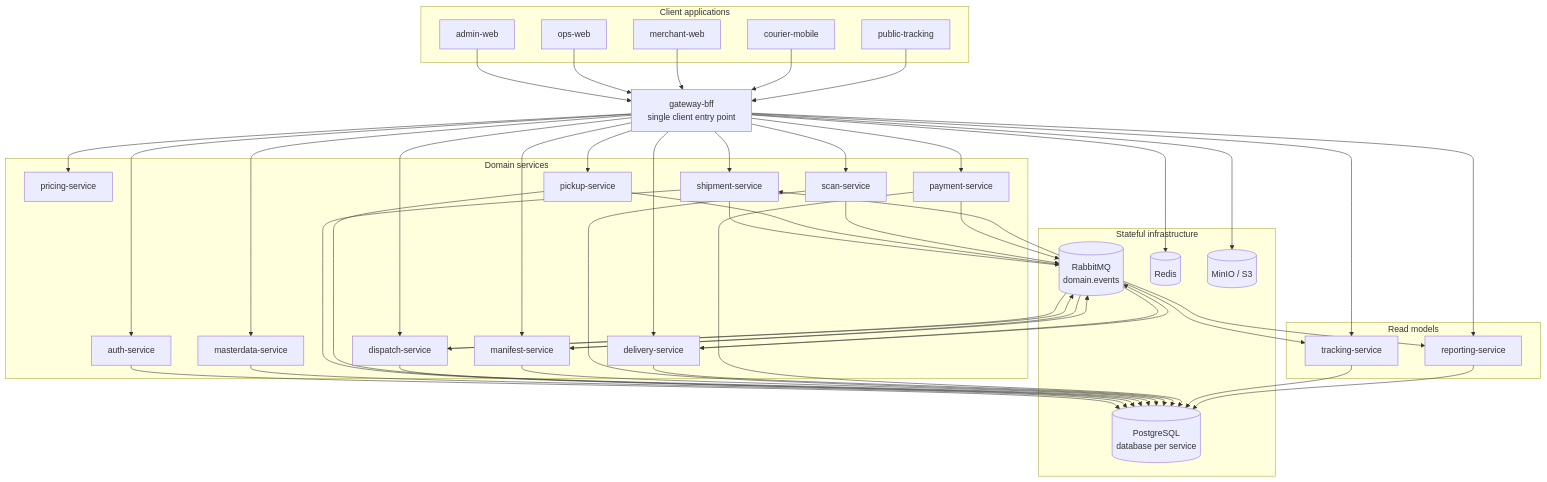
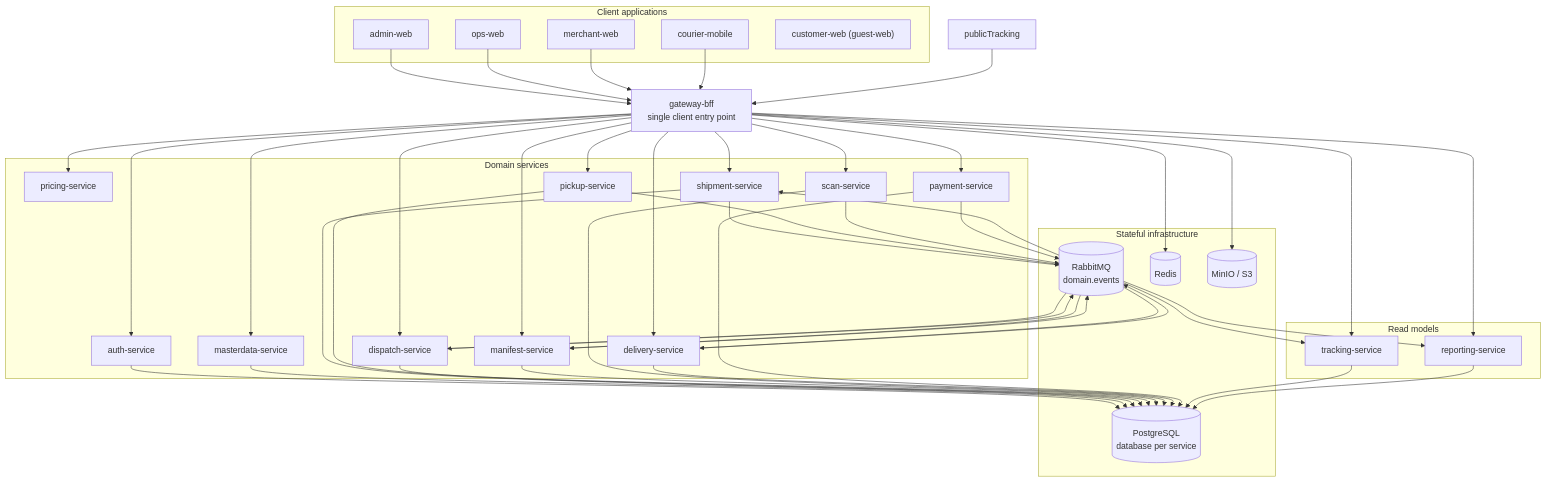
The second of 3 diagrams in README.md (VoVanTuTai/logistics-management-system), drawn with Mermaid before and after one commit. The commit also changed other lines of this file and 23 other files, not shown here.

First line of the commit message:
refactor(apps): remove redundant public-tracking app and streamline customer web

```diff
--- a/README.md
+++ b/README.md
@@ -68,7 +68,7 @@
         ops["ops-web"]
         merchantWeb["merchant-web"]
         courier["courier-mobile"]
-        publicTracking["public-tracking"]
+        customerWeb["customer-web (guest-web)"]
     end
 
     gateway["gateway-bff<br/>single client entry point"]
```
